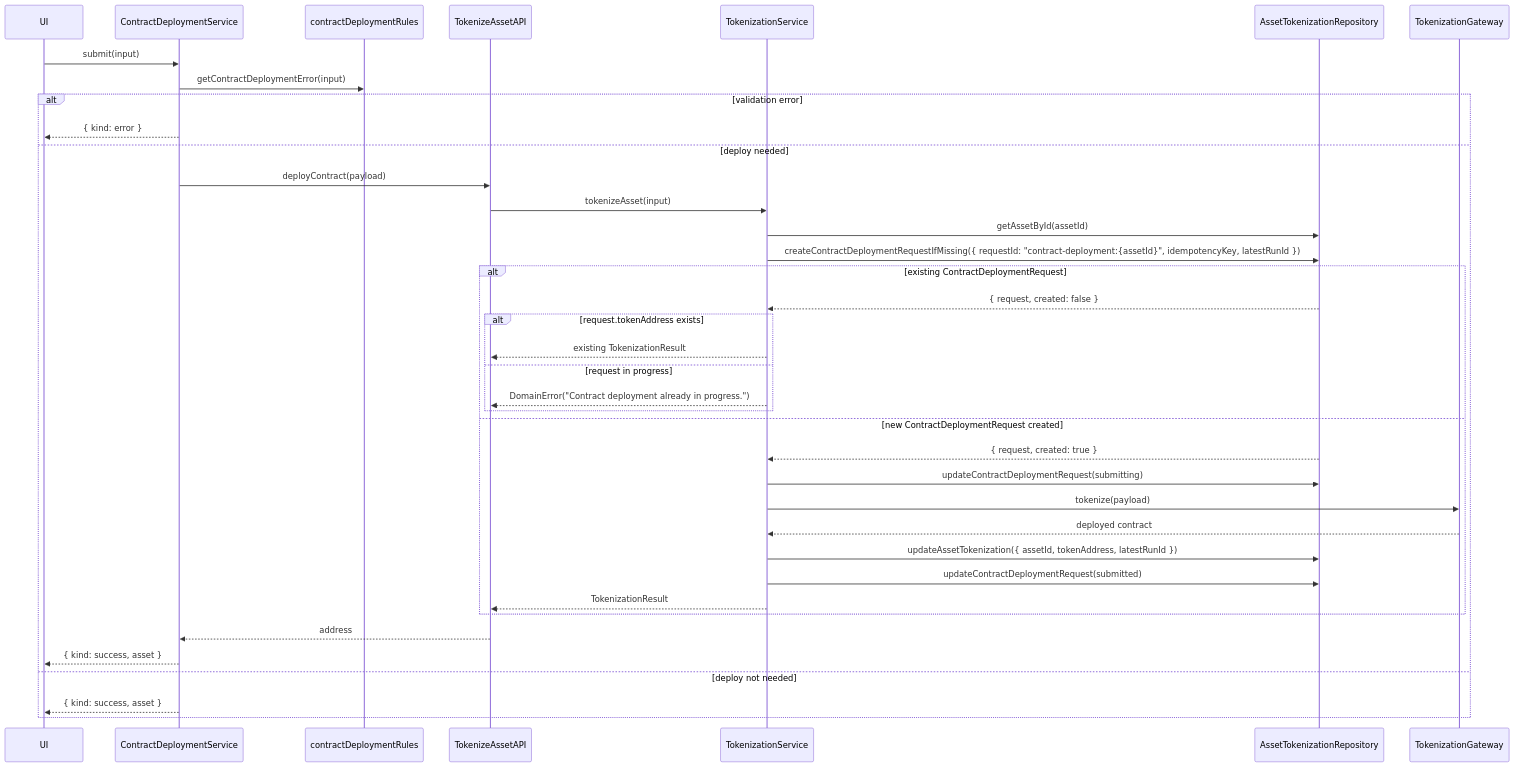
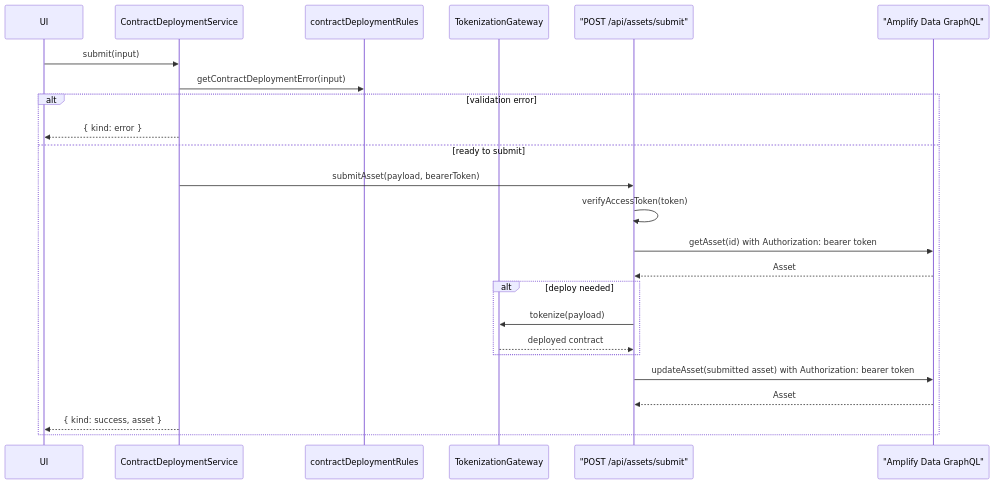
One commit to j4nos/cz changed diagram 11 of 36 in specs/13 - use cases sequence.md. Above: the diagram before and after it, drawn with Mermaid. The commit also changed other lines of this file and 3 other files, not shown here.

Commit message:
fix(step-4): submit asset through backend flow

````diff
--- a/specs/13 - use cases sequence.md
+++ b/specs/13 - use cases sequence.md
@@ -183,41 +183,27 @@
 ```mermaid
 sequenceDiagram
   participant UI
   participant ContractDeploymentService
   participant contractDeploymentRules
-  participant TokenizeAssetAPI
-  participant TokenizationService
-  participant AssetTokenizationRepository
   participant TokenizationGateway
+  participant SubmitAssetAPI as "POST /api/assets/submit"
+  participant AppSyncGraphQL as "Amplify Data GraphQL"
 
   UI->>ContractDeploymentService: submit(input)
   ContractDeploymentService->>contractDeploymentRules: getContractDeploymentError(input)
   alt validation error
     ContractDeploymentService-->>UI: { kind: error }
-  else deploy needed
-    ContractDeploymentService->>TokenizeAssetAPI: deployContract(payload)
-    TokenizeAssetAPI->>TokenizationService: tokenizeAsset(input)
-    TokenizationService->>AssetTokenizationRepository: getAssetById(assetId)
-    TokenizationService->>AssetTokenizationRepository: createContractDeploymentRequestIfMissing({ requestId: "contract-deployment:{assetId}", idempotencyKey, latestRunId })
-    alt existing ContractDeploymentRequest
-      AssetTokenizationRepository-->>TokenizationService: { request, created: false }
-      alt request.tokenAddress exists
-        TokenizationService-->>TokenizeAssetAPI: existing TokenizationResult
-      else request in progress
-        TokenizationService-->>TokenizeAssetAPI: DomainError("Contract deployment already in progress.")
-      end
-    else new ContractDeploymentRequest created
-      AssetTokenizationRepository-->>TokenizationService: { request, created: true }
-      TokenizationService->>AssetTokenizationRepository: updateContractDeploymentRequest(submitting)
-      TokenizationService->>TokenizationGateway: tokenize(payload)
-      TokenizationGateway-->>TokenizationService: deployed contract
-      TokenizationService->>AssetTokenizationRepository: updateAssetTokenization({ assetId, tokenAddress, latestRunId })
-      TokenizationService->>AssetTokenizationRepository: updateContractDeploymentRequest(submitted)
-      TokenizationService-->>TokenizeAssetAPI: TokenizationResult
+  else ready to submit
+    ContractDeploymentService->>SubmitAssetAPI: submitAsset(payload, bearerToken)
+    SubmitAssetAPI->>SubmitAssetAPI: verifyAccessToken(token)
+    SubmitAssetAPI->>AppSyncGraphQL: getAsset(id) with Authorization: bearer token
+    AppSyncGraphQL-->>SubmitAssetAPI: Asset
+    alt deploy needed
+      SubmitAssetAPI->>TokenizationGateway: tokenize(payload)
+      TokenizationGateway-->>SubmitAssetAPI: deployed contract
     end
-    TokenizeAssetAPI-->>ContractDeploymentService: address
-    ContractDeploymentService-->>UI: { kind: success, asset }
-  else deploy not needed
+    SubmitAssetAPI->>AppSyncGraphQL: updateAsset(submitted asset) with Authorization: bearer token
+    AppSyncGraphQL-->>SubmitAssetAPI: Asset
     ContractDeploymentService-->>UI: { kind: success, asset }
   end
 ```
````
